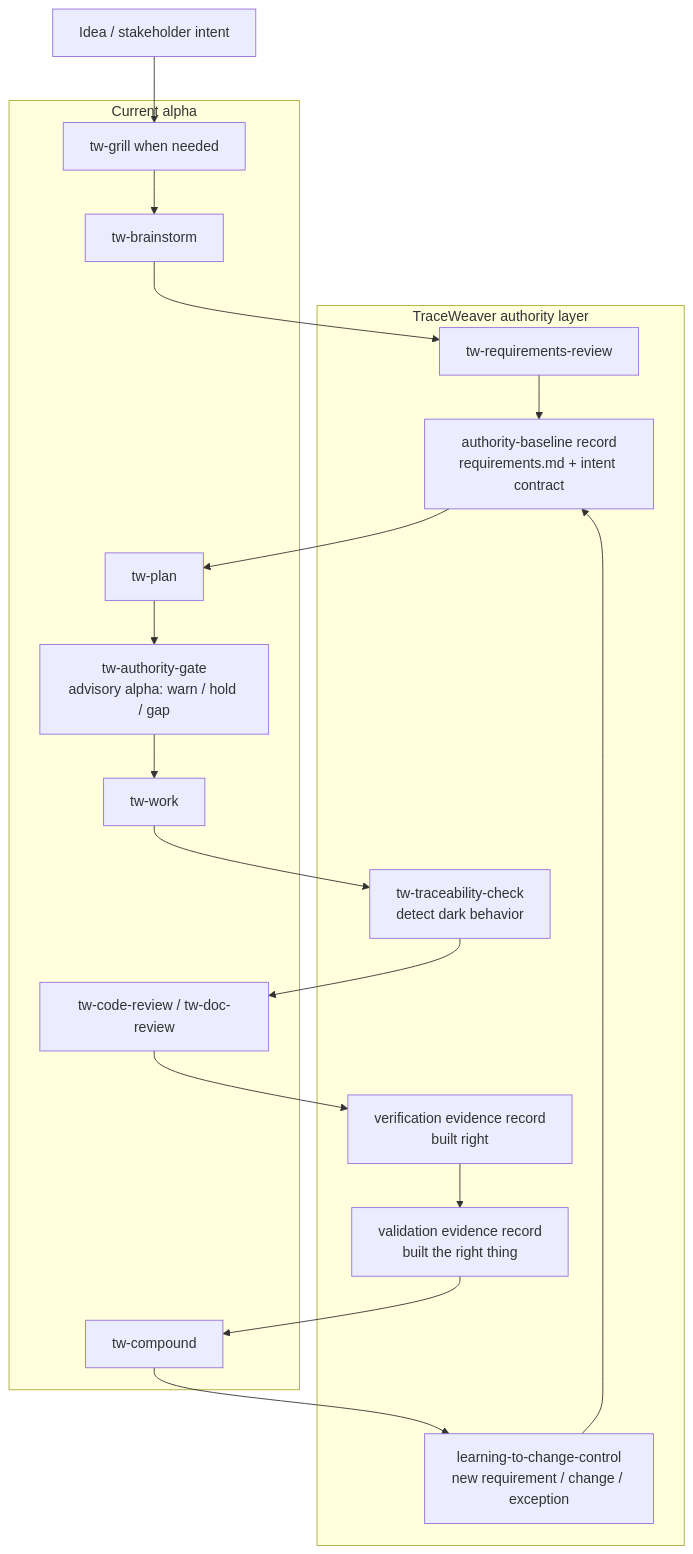
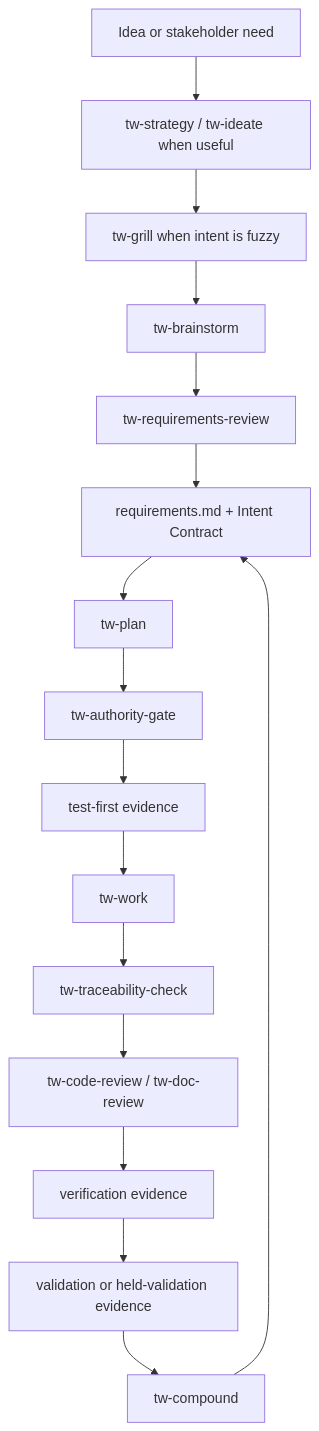
Before and after one commit to Oxiom-Systems/traceweaver: the diagram in README.md, drawn with Mermaid. The commit also changed other lines of this file and 24 other files, not shown here.

Commit message:
docs: prepare TraceWeaver 0.1 first-time guide

````diff
--- a/README.md
+++ b/README.md
@@ -812,36 +188,18 @@
 ```mermaid
 flowchart TD
-  A["Idea / stakeholder intent"] --> B["tw-grill when needed"]
-  B --> C["tw-brainstorm"]
-  C --> D["tw-requirements-review"]
-  D --> E["authority-baseline record<br/>requirements.md + intent contract"]
-  E --> F["tw-plan"]
-  F --> G["tw-authority-gate<br/>advisory alpha: warn / hold / gap"]
-  G --> H["tw-work"]
-  H --> I["tw-traceability-check<br/>detect dark behavior"]
-  I --> J["tw-code-review / tw-doc-review"]
-  J --> K["verification evidence record<br/>built right"]
-  K --> L["validation evidence record<br/>built the right thing"]
-  L --> M["tw-compound"]
-  M --> N["learning-to-change-control<br/>new requirement / change / exception"]
-  N --> E
-
-  subgraph "Current alpha"
-    B
-    C
-    F
-    G
-    H
-    J
-    M
-  end
-
-  subgraph "TraceWeaver authority layer"
-    D
-    E
-    I
-    K
-    L
-    N
-  end
+  A["Idea or stakeholder need"] --> B["tw-strategy / tw-ideate when useful"]
+  B --> C["tw-grill when intent is fuzzy"]
+  C --> D["tw-brainstorm"]
+  D --> E["tw-requirements-review"]
+  E --> F["requirements.md + Intent Contract"]
+  F --> G["tw-plan"]
+  G --> H["tw-authority-gate"]
+  H --> I["test-first evidence"]
+  I --> J["tw-work"]
+  J --> K["tw-traceability-check"]
+  K --> L["tw-code-review / tw-doc-review"]
+  L --> M["verification evidence"]
+  M --> N["validation or held-validation evidence"]
+  N --> O["tw-compound"]
+  O --> F
 ```
````
